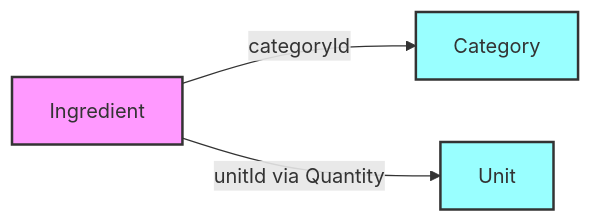
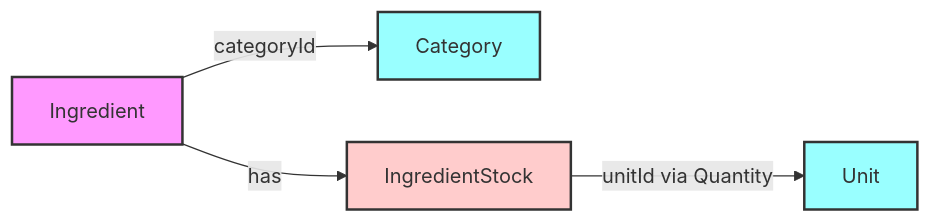
One commit to komei0727/all_in_one changed the second of 2 diagrams in docs/domain/contexts/ingredient-management/aggregates.md. Above: the diagram before and after it, drawn with Mermaid. The commit also changed other lines of this file and 25 other files, not shown here.

````diff
--- a/docs/domain/contexts/ingredient-management/aggregates.md
+++ b/docs/domain/contexts/ingredient-management/aggregates.md
@@ -103,9 +115,11 @@
 ```mermaid
 graph LR
     Ingredient -->|categoryId| Category
-    Ingredient -->|unitId via Quantity| Unit
+    IngredientStock -->|unitId via Quantity| Unit
+    Ingredient -->|has| IngredientStock
 
     style Ingredient fill:#f9f,stroke:#333,stroke-width:2px
+    style IngredientStock fill:#fcc,stroke:#333,stroke-width:2px
     style Category fill:#9ff,stroke:#333,stroke-width:2px
     style Unit fill:#9ff,stroke:#333,stroke-width:2px
 ```
````
